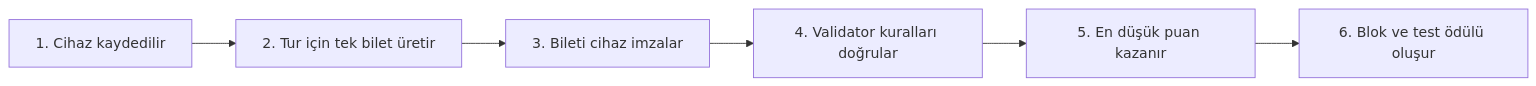
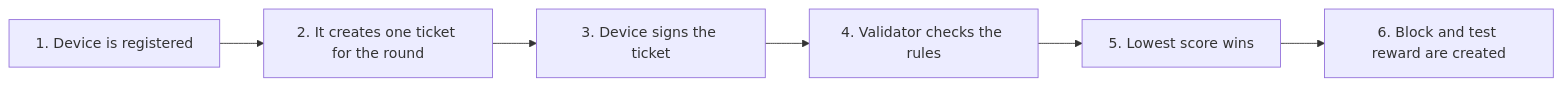
The first of 15 diagrams in README.md (UfkuAcik/Embedded_Proof-of-Device_Network), drawn with Mermaid before and after one commit. The commit also changed other lines of this file, not shown here.

````diff
--- a/README.md
+++ b/README.md
@@ -34,8 +35,8 @@
 ```mermaid
 flowchart LR
-    A["1. Cihaz kaydedilir"] --> B["2. Tur için tek bilet üretir"]
-    B --> C["3. Bileti cihaz imzalar"]
-    C --> D["4. Validator kuralları doğrular"]
-    D --> E["5. En düşük puan kazanır"]
-    E --> F["6. Blok ve test ödülü oluşur"]
+    A["1. Device is registered"] --> B["2. It creates one ticket for the round"]
+    B --> C["3. Device signs the ticket"]
+    C --> D["4. Validator checks the rules"]
+    D --> E["5. Lowest score wins"]
+    E --> F["6. Block and test reward are created"]
 ```
````
